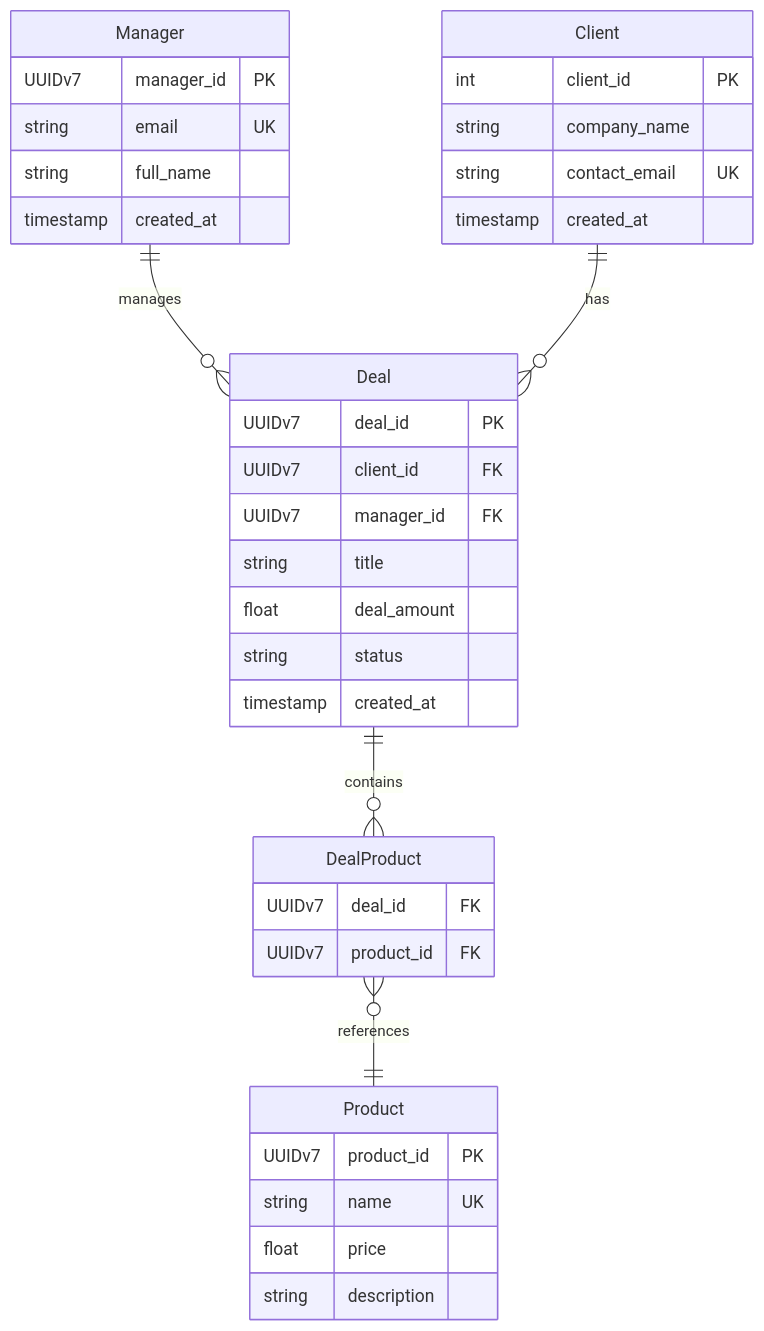
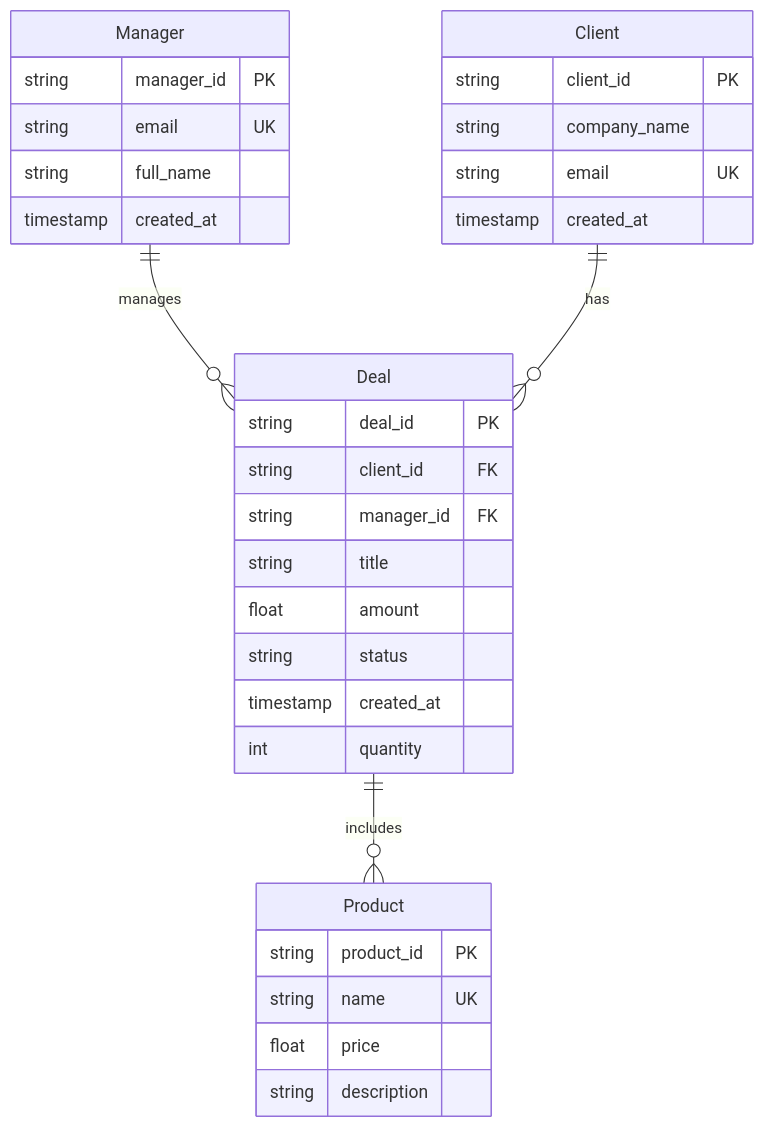
One commit to VitalityTech/SRMA_Labs changed the diagram in lab1/ai/prompt-2.md. Above: the diagram before and after it, drawn with Mermaid. The commit also changed other lines of this file and 2 other files, not shown here.

````diff
--- a/lab1/ai/prompt-2.md
+++ b/lab1/ai/prompt-2.md
@@ -15,39 +39,35 @@
 ```mermaid
 erDiagram
     Manager ||--o{ Deal : manages
     Client ||--o{ Deal : has
-    Deal ||--o{ DealProduct : contains
-    DealProduct }o--|| Product : references
+    Deal ||--o{ Product : includes
 
     Manager {
-        UUIDv7 manager_id PK
+        string manager_id PK
         string email UK
         string full_name
         timestamp created_at
     }
     Client {
-        int client_id PK
+        string client_id PK
         string company_name
-        string contact_email UK
+        string email UK
         timestamp created_at
     }
     Deal {
-        UUIDv7 deal_id PK
-        UUIDv7 client_id FK
-        UUIDv7 manager_id FK
+        string deal_id PK
+        string client_id FK
+        string manager_id FK
         string title
-        float deal_amount
+        float amount
         string status
         timestamp created_at
-    }
-    DealProduct {
-        UUIDv7 deal_id FK
-        UUIDv7 product_id FK
+        int quantity
     }
     Product {
-        UUIDv7 product_id PK
+        string product_id PK
         string name UK
         float price
         string description
     }
 ```
````
